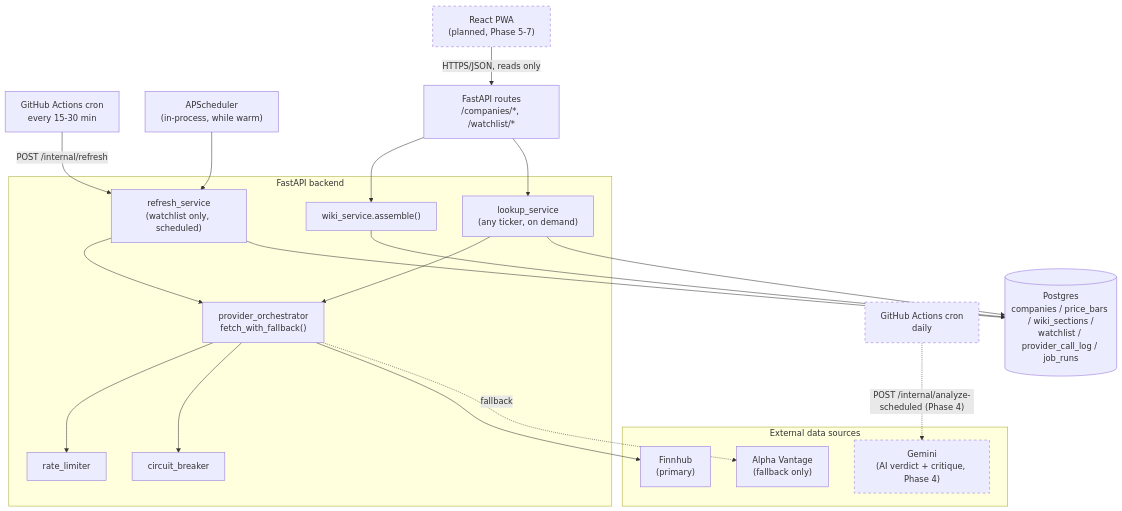
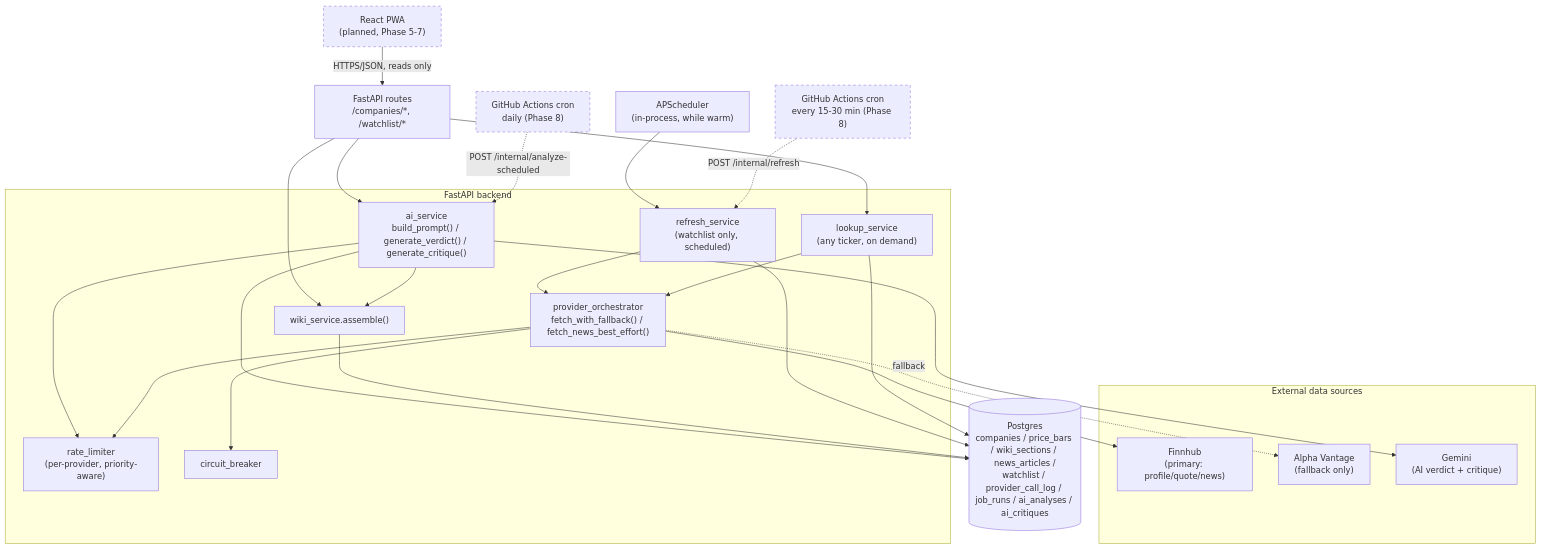
The diagram in README.md (luicsw/Trader), drawn with Mermaid before and after one commit. The commit also changed other lines of this file and 45 other files, not shown here.

Commit message:
Integrated GeminiAPI with full response to real market stock prices

````diff
--- a/README.md
+++ b/README.md
@@ -37,42 +38,49 @@
 ```mermaid
 flowchart TB
     subgraph ext["External data sources"]
-        FH["Finnhub<br/>(primary)"]
+        FH["Finnhub<br/>(primary: profile/quote/news)"]
         AV["Alpha Vantage<br/>(fallback only)"]
-        GM["Gemini<br/>(AI verdict + critique, Phase 4)"]
+        GM["Gemini<br/>(AI verdict + critique)"]
     end
 
     subgraph backend["FastAPI backend"]
-        ORCH["provider_orchestrator<br/>fetch_with_fallback()"]
-        RL["rate_limiter"]
+        ORCH["provider_orchestrator<br/>fetch_with_fallback() / fetch_news_best_effort()"]
+        RL["rate_limiter<br/>(per-provider, priority-aware)"]
         CB["circuit_breaker"]
         LOOKUP["lookup_service<br/>(any ticker, on demand)"]
         REFRESH["refresh_service<br/>(watchlist only, scheduled)"]
         WIKI["wiki_service.assemble()"]
+        AI["ai_service<br/>build_prompt() / generate_verdict() / generate_critique()"]
     end
 
-    DB[("Postgres<br/>companies / price_bars / wiki_sections /<br/>watchlist / provider_call_log / job_runs")]
+    DB[("Postgres<br/>companies / price_bars / wiki_sections / news_articles /<br/>watchlist / provider_call_log / job_runs / ai_analyses / ai_critiques")]
 
-    CRON1["GitHub Actions cron<br/>every 15-30 min"] -->|"POST /internal/refresh"| REFRESH
-    CRON2["GitHub Actions cron<br/>daily"] -.->|"POST /internal/analyze-scheduled (Phase 4)"| GM
+    CRON1["GitHub Actions cron<br/>every 15-30 min (Phase 8)"] -.->|"POST /internal/refresh"| REFRESH
+    CRON2["GitHub Actions cron<br/>daily (Phase 8)"] -.->|"POST /internal/analyze-scheduled"| AI
     SCHED["APScheduler<br/>(in-process, while warm)"] --> REFRESH
 
     LOOKUP --> ORCH
     REFRESH --> ORCH
     ORCH --> RL
     ORCH --> CB
     ORCH --> FH
     ORCH -.fallback.-> AV
 
+    AI --> WIKI
+    AI --> GM
+    AI --> RL
+
     LOOKUP --> DB
     REFRESH --> DB
     WIKI --> DB
+    AI --> DB
 
     UI["React PWA<br/>(planned, Phase 5-7)"] -->|"HTTPS/JSON, reads only"| API["FastAPI routes<br/>/companies/*, /watchlist/*"]
     API --> WIKI
     API --> LOOKUP
+    API --> AI
 
-    style GM stroke-dasharray: 5 5
+    style CRON1 stroke-dasharray: 5 5
     style CRON2 stroke-dasharray: 5 5
     style UI stroke-dasharray: 5 5
 ```
````
